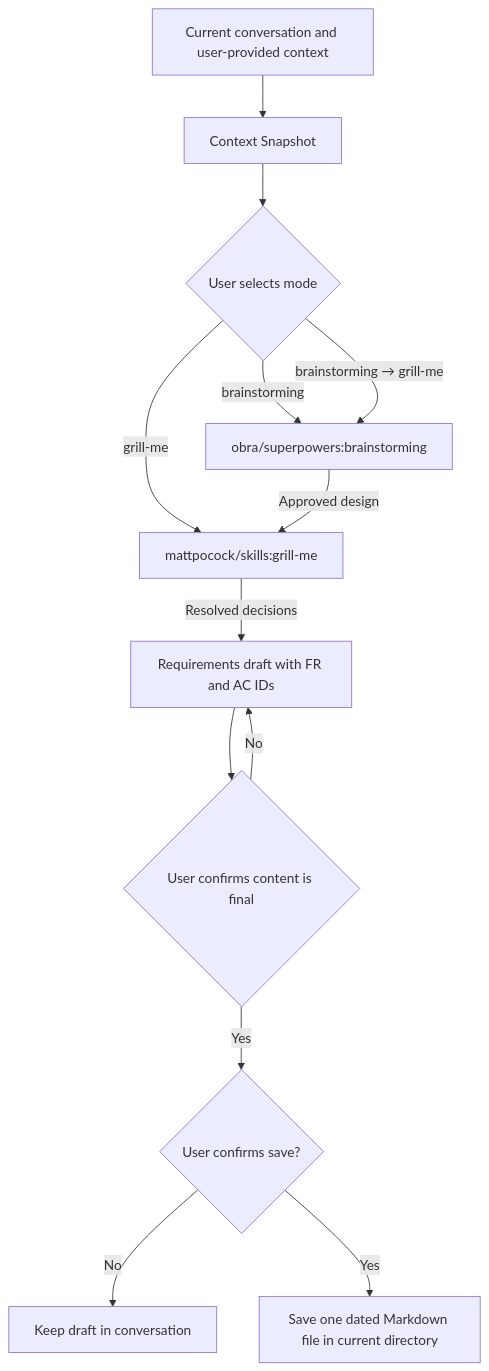
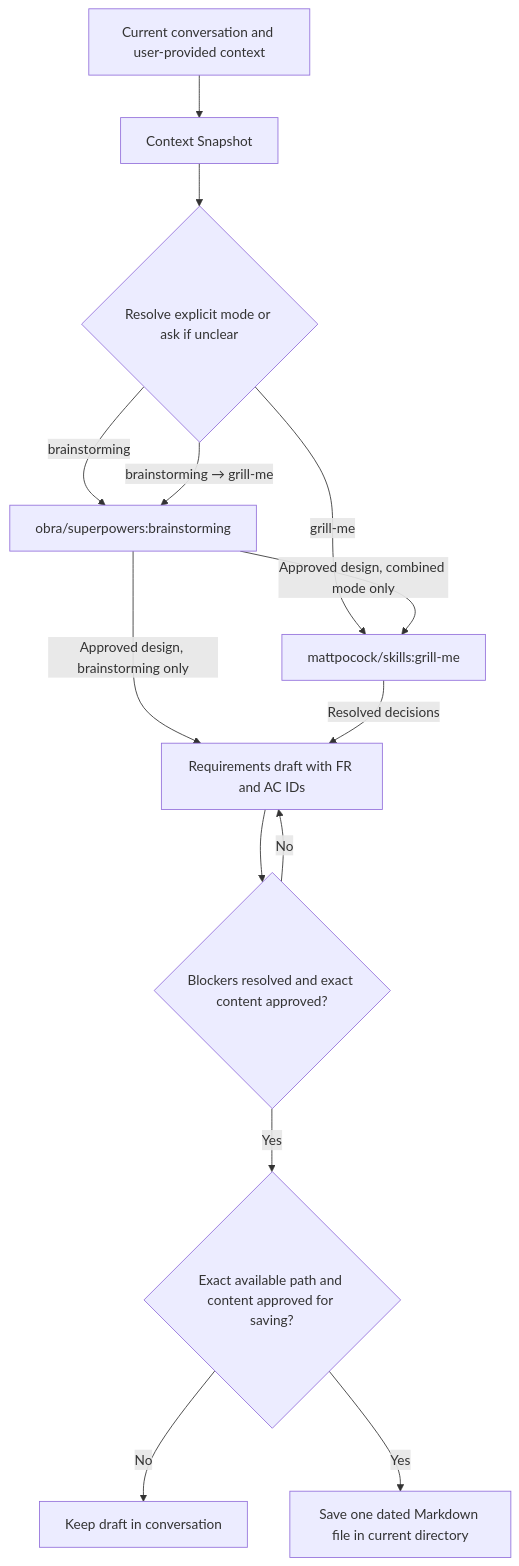
One commit to haoyuqi/engineering-agent-skills changed the diagram in skills/requirements-clarification/README.md. Above: the diagram before and after it, drawn with Mermaid. The commit also changed other lines of this file and 9 other files, not shown here.

````diff
--- a/skills/requirements-clarification/README.md
+++ b/skills/requirements-clarification/README.md
@@ -33,15 +33,16 @@
 ```mermaid
 flowchart TD
     A[Current conversation and user-provided context] --> B[Context Snapshot]
-    B --> C{User selects mode}
+    B --> C{Resolve explicit mode or ask if unclear}
     C -->|brainstorming| D[obra/superpowers:brainstorming]
     C -->|grill-me| E[mattpocock/skills:grill-me]
     C -->|brainstorming → grill-me| D
-    D -->|Approved design| E
+    D -->|Approved design, combined mode only| E
+    D -->|Approved design, brainstorming only| F
     E -->|Resolved decisions| F[Requirements draft with FR and AC IDs]
-    F --> G{User confirms content is final}
+    F --> G{Blockers resolved and exact content approved?}
     G -->|No| F
-    G -->|Yes| H{User confirms save?}
+    G -->|Yes| H{Exact available path and content approved for saving?}
     H -->|No| I[Keep draft in conversation]
     H -->|Yes| J[Save one dated Markdown file in current directory]
 ```
````
